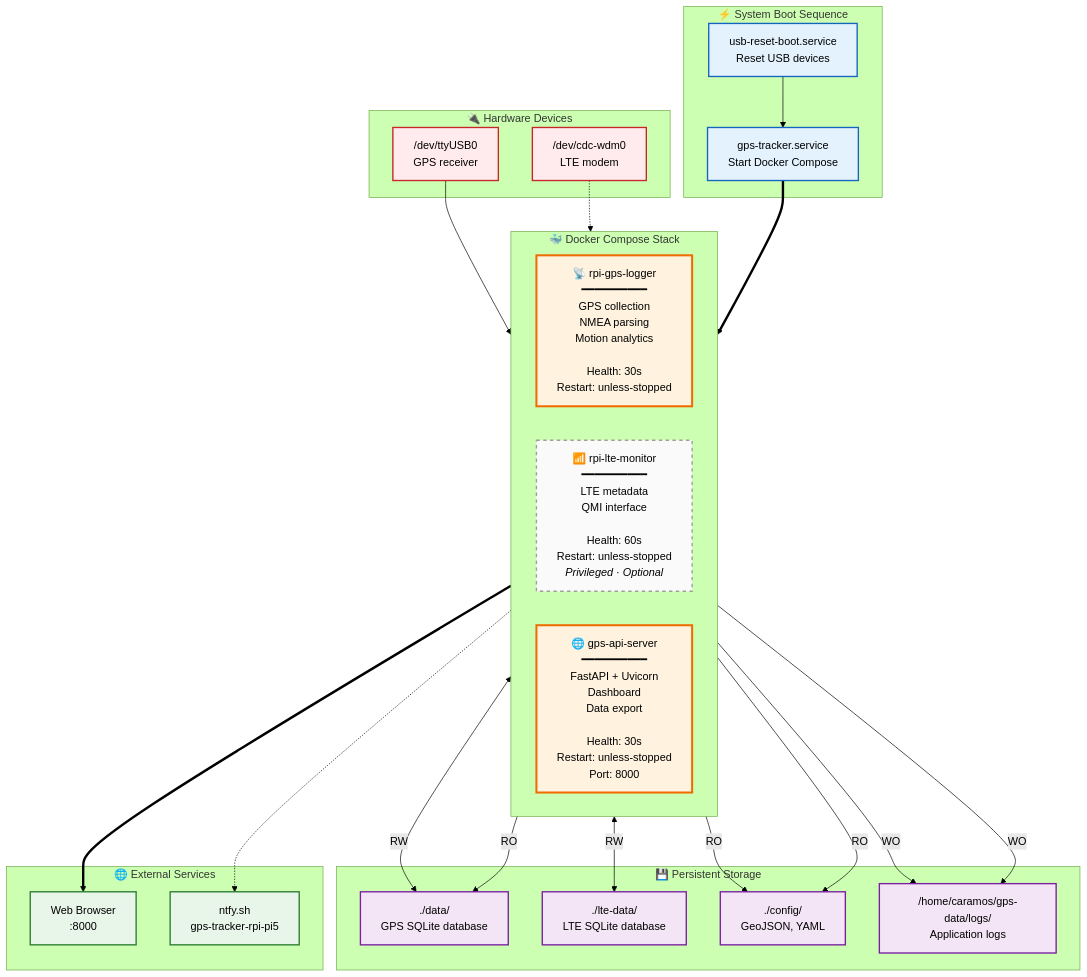
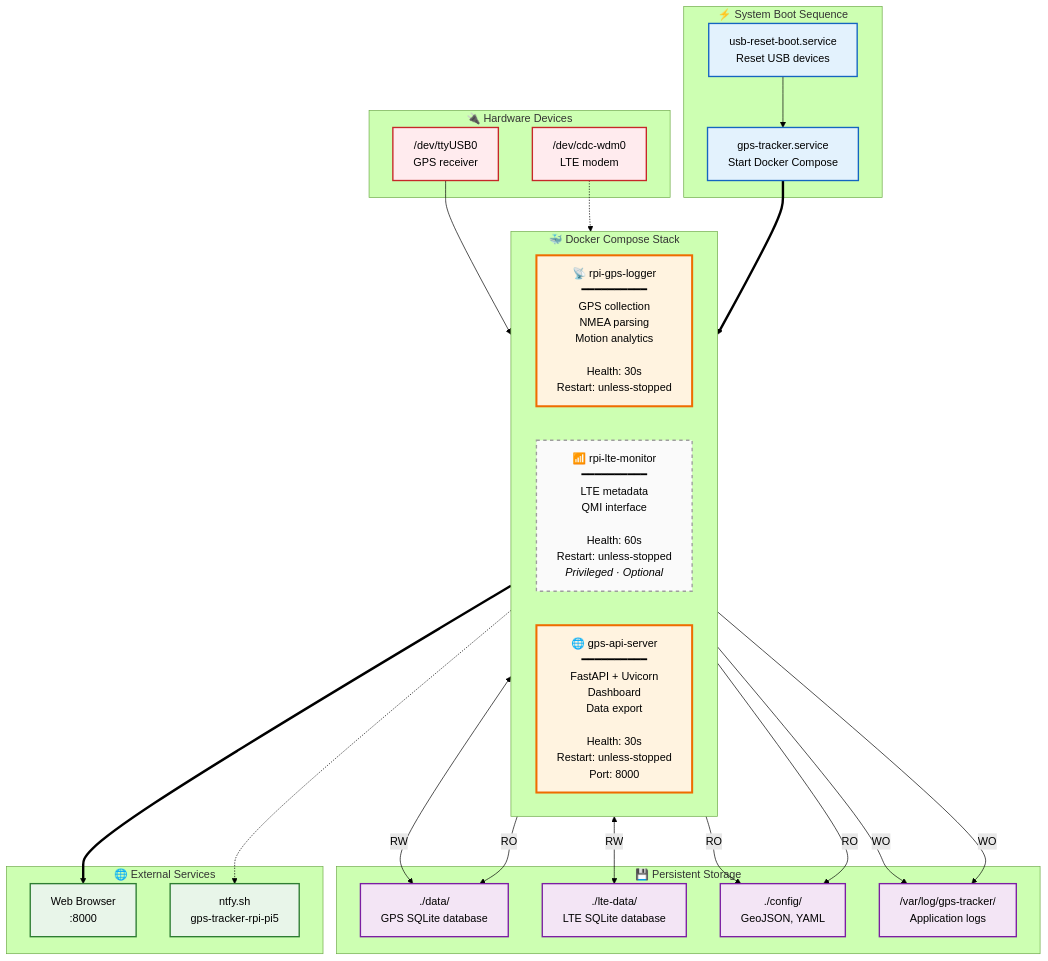
One commit to cramos93/Raspberry-Pi-GPS-Cellular-Data-Logger changed the third of 4 diagrams in README.md. Above: the diagram before and after it, drawn with Mermaid (forest theme). The commit also changed other lines of this file, not shown here.

````diff
--- a/README.md
+++ b/README.md
@@ -430,72 +386,72 @@
 ```mermaid
 graph TB
     subgraph BOOT["⚡ System Boot Sequence"]
         USB["usb-reset-boot.service<br/>Reset USB devices"]
         MAIN["gps-tracker.service<br/>Start Docker Compose"]
         USB --> MAIN
     end
     
     subgraph COMPOSE["🐳 Docker Compose Stack"]
         direction LR
         
         GPS["📡 rpi-gps-logger<br/>━━━━━━━━━━<br/>GPS collection<br/>NMEA parsing<br/>Motion analytics<br/><br/>Health: 30s<br/>Restart: unless-stopped"]
         
         LTE["📶 rpi-lte-monitor<br/>━━━━━━━━━━<br/>LTE metadata<br/>QMI interface<br/><br/>Health: 60s<br/>Restart: unless-stopped<br/><i>Privileged · Optional</i>"]
         
         API["🌐 gps-api-server<br/>━━━━━━━━━━<br/>FastAPI + Uvicorn<br/>Dashboard<br/>Data export<br/><br/>Health: 30s<br/>Restart: unless-stopped<br/>Port: 8000"]
     end
     
     subgraph STORAGE["💾 Persistent Storage"]
         DATA["./data/<br/>GPS SQLite database"]
         LTE_DATA["./lte-data/<br/>LTE SQLite database"]
         CONFIG["./config/<br/>GeoJSON, YAML"]
-        LOGS["/home/caramos/gps-data/logs/<br/>Application logs"]
+        LOGS["/var/log/gps-tracker/<br/>Application logs"]
     end
     
     subgraph HW["🔌 Hardware Devices"]
         GPS_DEV["/dev/ttyUSB0<br/>GPS receiver"]
         LTE_DEV["/dev/cdc-wdm0<br/>LTE modem"]
     end
     
     subgraph EXT["🌐 External Services"]
         BROWSER["Web Browser<br/>:8000"]
         NTFY["ntfy.sh<br/>gps-tracker-rpi-pi5"]
     end
     
     %% Boot flow
     MAIN ==> COMPOSE
     
     %% Device connections
     GPS_DEV --> GPS
     LTE_DEV -.-> LTE
     
     %% Volume access
     GPS <-->|RW| DATA
     GPS -->|RO| CONFIG
     GPS -->|WO| LOGS
     
     LTE <-->|RW| LTE_DATA
     LTE -->|WO| LOGS
     
     API -->|RO| DATA
     API -->|RO| CONFIG
     
     %% External access
     API ==> BROWSER
     GPS -.-> NTFY
     
     %% Styling
     classDef bootStyle fill:#e3f2fd,stroke:#1565c0,stroke-width:2px
     classDef containerStyle fill:#fff3e0,stroke:#ef6c00,stroke-width:3px
     classDef optionalStyle fill:#fafafa,stroke:#9e9e9e,stroke-width:2px,stroke-dasharray:5 5
     classDef storageStyle fill:#f3e5f5,stroke:#7b1fa2,stroke-width:2px
     classDef hwStyle fill:#ffebee,stroke:#c62828,stroke-width:2px
     classDef extStyle fill:#e8f5e9,stroke:#2e7d32,stroke-width:2px
     
     class USB,MAIN bootStyle
     class GPS,API containerStyle
     class LTE optionalStyle
     class DATA,LTE_DATA,CONFIG,LOGS storageStyle
     class GPS_DEV,LTE_DEV hwStyle
     class BROWSER,NTFY extStyle
 ```
````
